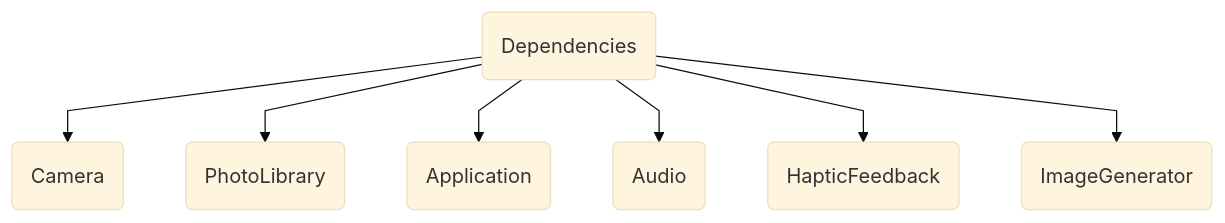
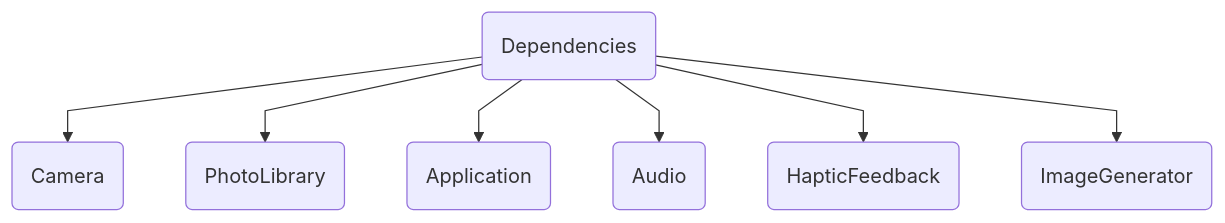
The second of 2 diagrams in README.md (kodydeda4/swift-camera-app), drawn with Mermaid before and after one commit. The commit also changed other lines of this file, not shown here.

````diff
--- a/README.md
+++ b/README.md
@@ -54,11 +54,11 @@
 ```mermaid
-%%{init: {'theme': 'base', 'flowchart': {'curve': 'linear'}, 'themeVariables': {'nodeWidth': 150, 'nodeSpacing': 50, 'rankSpacing': 50}} }%%
+%%{init: {'flowchart': {'curve': 'linear'}, 'themeVariables': {'nodeWidth': 150, 'nodeSpacing': 50, 'rankSpacing': 50}} }%%
 flowchart TD
     A(Dependencies)
     A --> E(Camera)
     A --> H(PhotoLibrary)
     A --> B(Application)
     A --> D(Audio)
     A --> F(HapticFeedback)
     A --> G(ImageGenerator)
 ```
````
